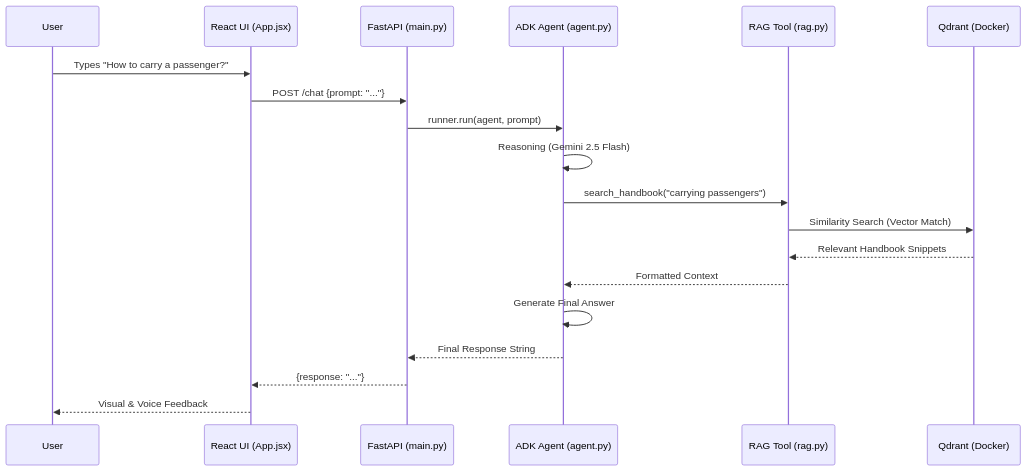
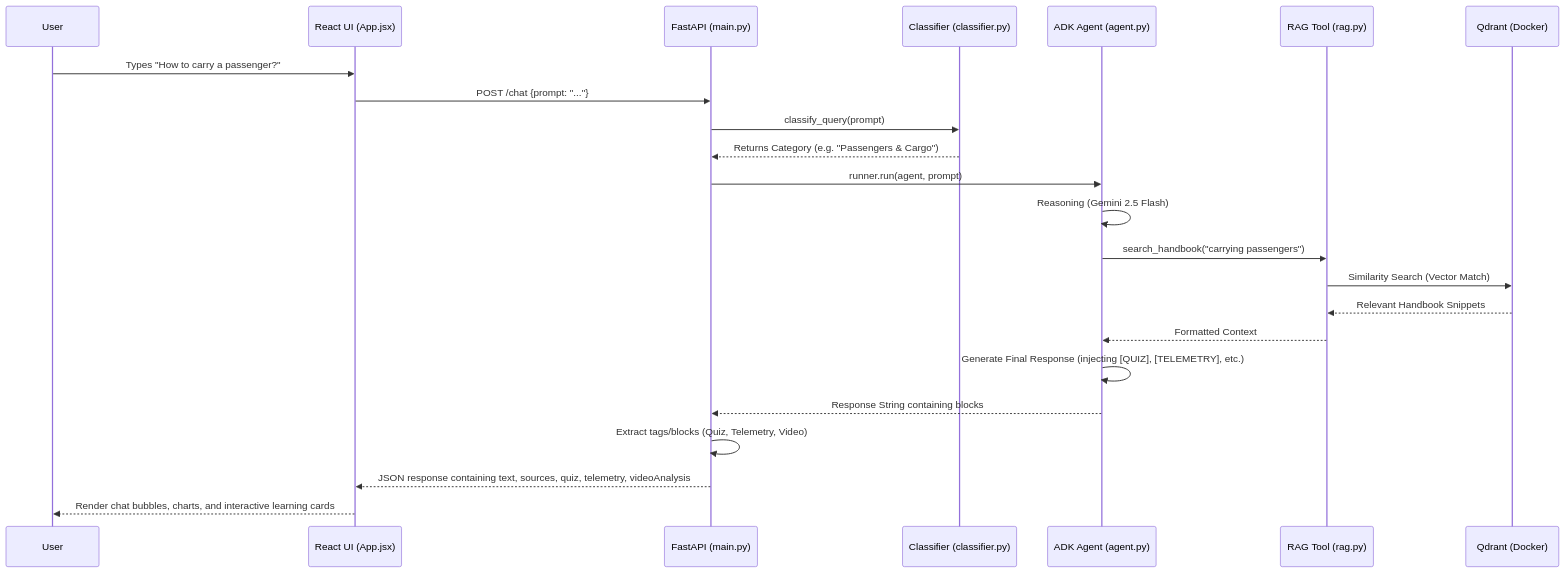
Before and after one commit to SangeethaKumari/MotorCycleCoach: the fourth of 6 diagrams in ARCHITECTURE.md, drawn with Mermaid. The commit also changed other lines of this file and 4 other files, not shown here.

Commit message:
created new iflow diagrams

````diff
--- a/ARCHITECTURE.md
+++ b/ARCHITECTURE.md
@@ -7,22 +98,26 @@
 ```mermaid
 sequenceDiagram
     participant User
     participant Frontend as React UI (App.jsx)
     participant Backend as FastAPI (main.py)
+    participant Classifier as Classifier (classifier.py)
     participant Agent as ADK Agent (agent.py)
     participant Tool as RAG Tool (rag.py)
     participant DB as Qdrant (Docker)
 
     User->>Frontend: Types "How to carry a passenger?"
     Frontend->>Backend: POST /chat {prompt: "..."}
+    Backend->>Classifier: classify_query(prompt)
+    Classifier-->>Backend: Returns Category (e.g. "Passengers & Cargo")
     Backend->>Agent: runner.run(agent, prompt)
     Agent->>Agent: Reasoning (Gemini 2.5 Flash)
     Agent->>Tool: search_handbook("carrying passengers")
     Tool->>DB: Similarity Search (Vector Match)
     DB-->>Tool: Relevant Handbook Snippets
     Tool-->>Agent: Formatted Context
-    Agent->>Agent: Generate Final Answer
-    Agent-->>Backend: Final Response String
-    Backend-->>Frontend: {response: "..."}
-    Frontend-->>User: Visual & Voice Feedback
+    Agent->>Agent: Generate Final Response (injecting [QUIZ], [TELEMETRY], etc.)
+    Agent-->>Backend: Response String containing blocks
+    Backend->>Backend: Extract tags/blocks (Quiz, Telemetry, Video)
+    Backend-->>Frontend: JSON response containing text, sources, quiz, telemetry, videoAnalysis
+    Frontend-->>User: Render chat bubbles, charts, and interactive learning cards
 ```
````
